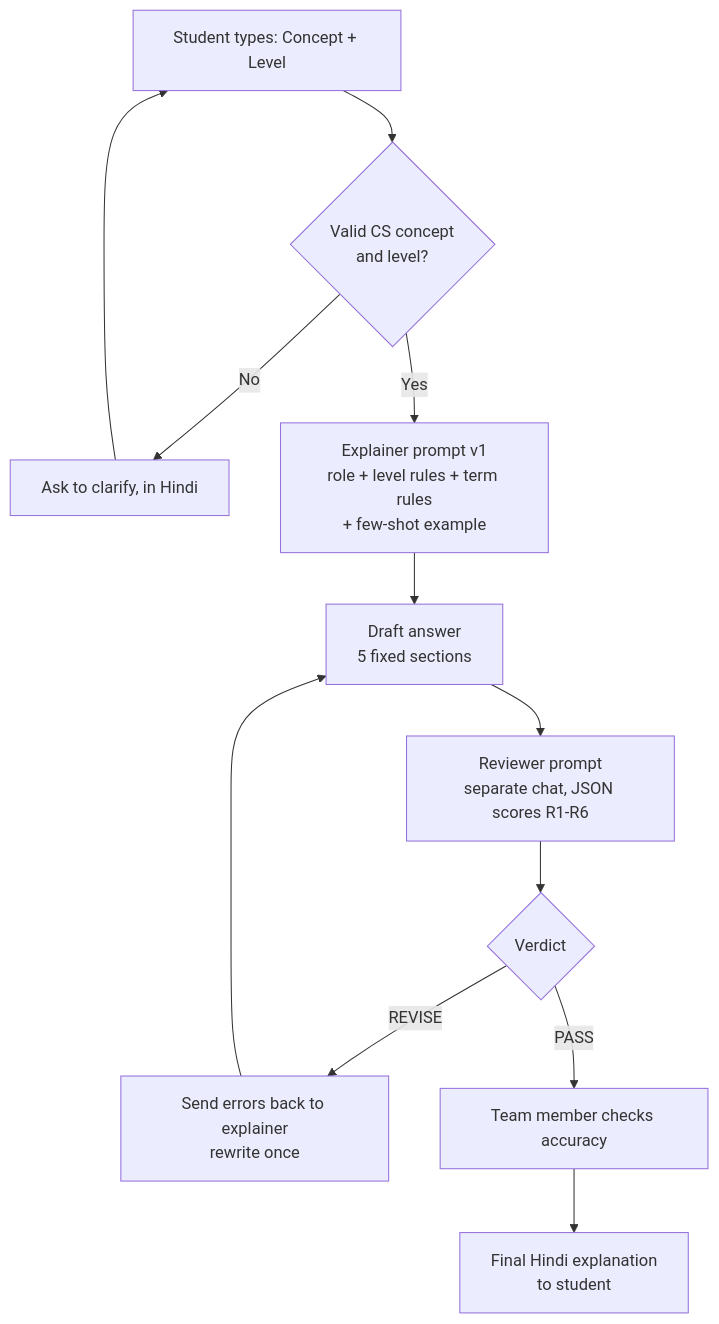
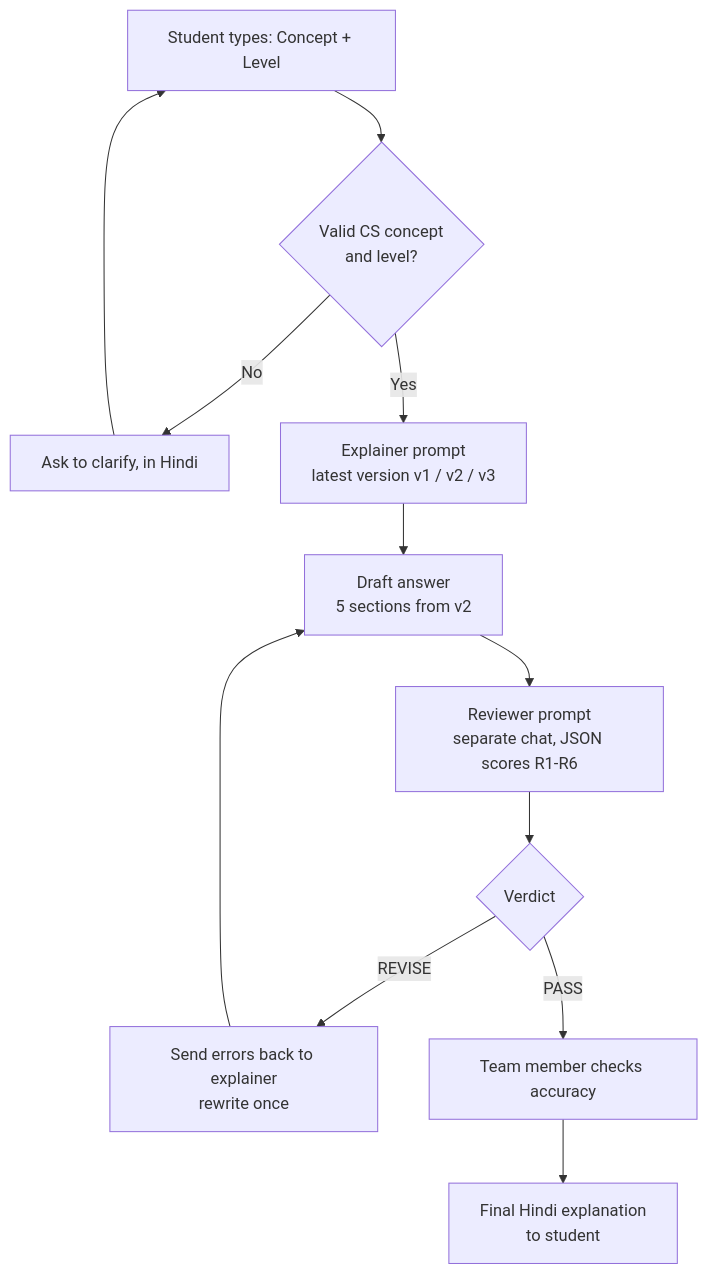
Before and after one commit to jnsuhani/matrabhasha.ai: the first of 3 diagrams in design/design.md, drawn with Mermaid. The commit also changed other lines of this file and 2 other files, not shown here.

Commit message:
Update design and workflow diagram for the prompt ladder

````diff
--- a/design/design.md
+++ b/design/design.md
@@ -24,14 +25,14 @@
 ```mermaid
 flowchart TD
     U[Student types: Concept + Level] --> V{Valid CS concept<br/>and level?}
     V -- No --> Q[Ask to clarify, in Hindi]
     Q --> U
-    V -- Yes --> E[Explainer prompt v1<br/>role + level rules + term rules<br/>+ few-shot example]
-    E --> O[Draft answer<br/>5 fixed sections]
+    V -- Yes --> E[Explainer prompt<br/>latest version v1 / v2 / v3]
+    E --> O[Draft answer<br/>5 sections from v2]
     O --> R[Reviewer prompt<br/>separate chat, JSON scores R1-R6]
     R --> D{Verdict}
     D -- REVISE --> F[Send errors back to explainer<br/>rewrite once]
     F --> O
     D -- PASS --> H[Team member checks accuracy]
     H --> S[Final Hindi explanation<br/>to student]
 ```
````
